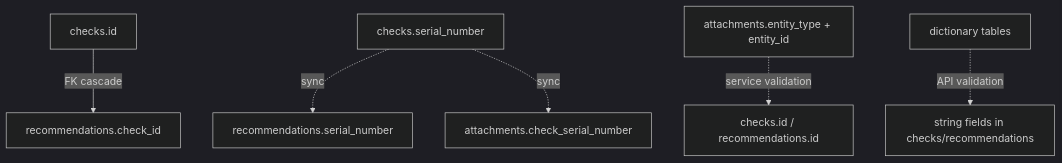
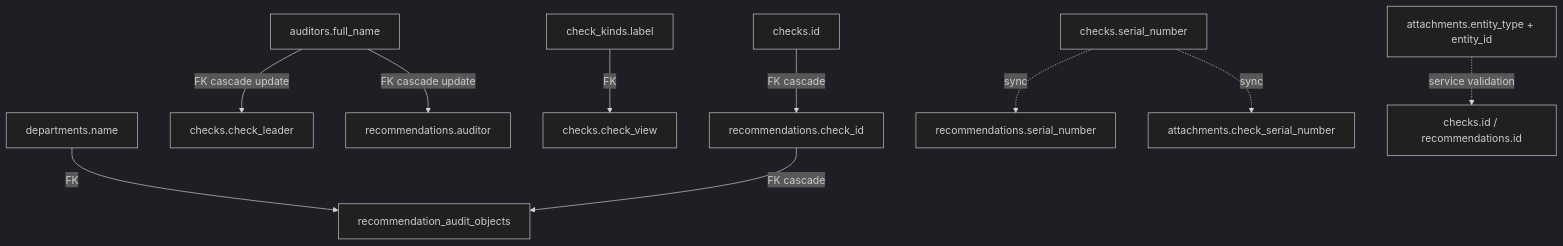
One commit to sweetd0vee/sokol changed the sixth of 7 diagrams in sokol-backend/docs/DATABASE_SCHEMA.md. Above: the diagram before and after it, drawn with Mermaid (dark theme). The commit also changed other lines of this file and 46 other files, not shown here.

````diff
--- a/sokol-backend/docs/DATABASE_SCHEMA.md
+++ b/sokol-backend/docs/DATABASE_SCHEMA.md
@@ -385,8 +394,12 @@
 ```mermaid
 flowchart TB
     CHECK["checks.id"] -->|FK cascade| REC["recommendations.check_id"]
+    AUD["auditors.full_name"] -->|FK cascade update| CHECK_LEADER["checks.check_leader"]
+    AUD -->|FK cascade update| REC_AUD["recommendations.auditor"]
+    KIND["check_kinds.label"] -->|FK| CHECK_VIEW["checks.check_view"]
+    DEPT["departments.name"] -->|FK| RAO["recommendation_audit_objects"]
+    REC -->|FK cascade| RAO
     CHECK_SERIAL["checks.serial_number"] -.sync.-> REC_SERIAL["recommendations.serial_number"]
     CHECK_SERIAL -.sync.-> ATT_SERIAL["attachments.check_serial_number"]
     ATT_OWNER["attachments.entity_type + entity_id"] -.service validation.-> CHECK_OR_REC["checks.id / recommendations.id"]
-    DICT["dictionary tables"] -.API validation.-> DOMAIN["string fields in checks/recommendations"]
 ```
````
